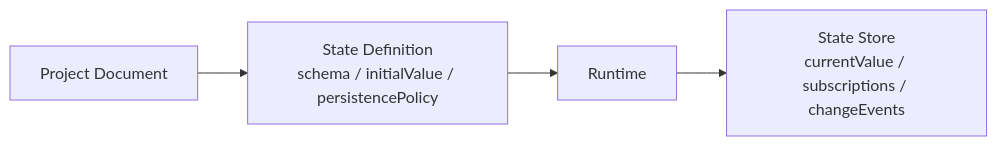
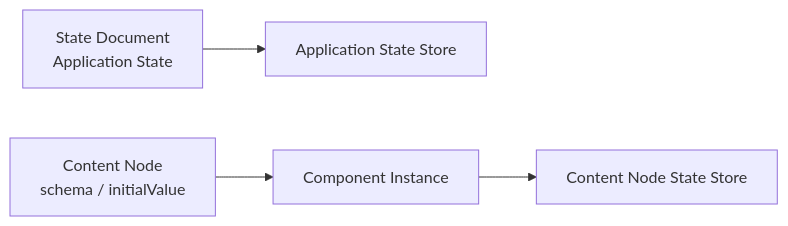
One commit to northwest-hcu/FlagShip changed the first of 2 diagrams in docs/architecture/07-state-command-and-history.md. Above: the diagram before and after it, drawn with Mermaid. The commit also changed other lines of this file and 11 other files, not shown here.

Commit message:
docs: align architecture with component ownership model

````diff
--- a/docs/architecture/07-state-command-and-history.md
+++ b/docs/architecture/07-state-command-and-history.md
@@ -33,6 +31,6 @@
 ```mermaid
 flowchart LR
-    Project["Project Document"] --> Definition["State Definition<br/>schema / initialValue / persistencePolicy"]
-    Definition --> Runtime
-    Runtime --> Store["State Store<br/>currentValue / subscriptions / changeEvents"]
+    StateDoc["State Document<br/>Application State"] --> AppStore["Application State Store"]
+    Content["Content Node<br/>schema / initialValue"] --> Instance["Component Instance"]
+    Instance --> NodeStore["Content Node State Store"]
 ```
````
